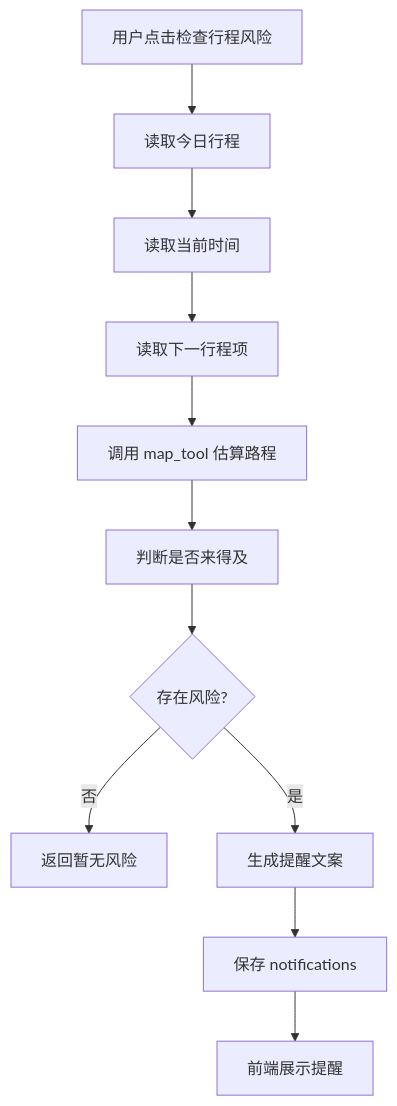
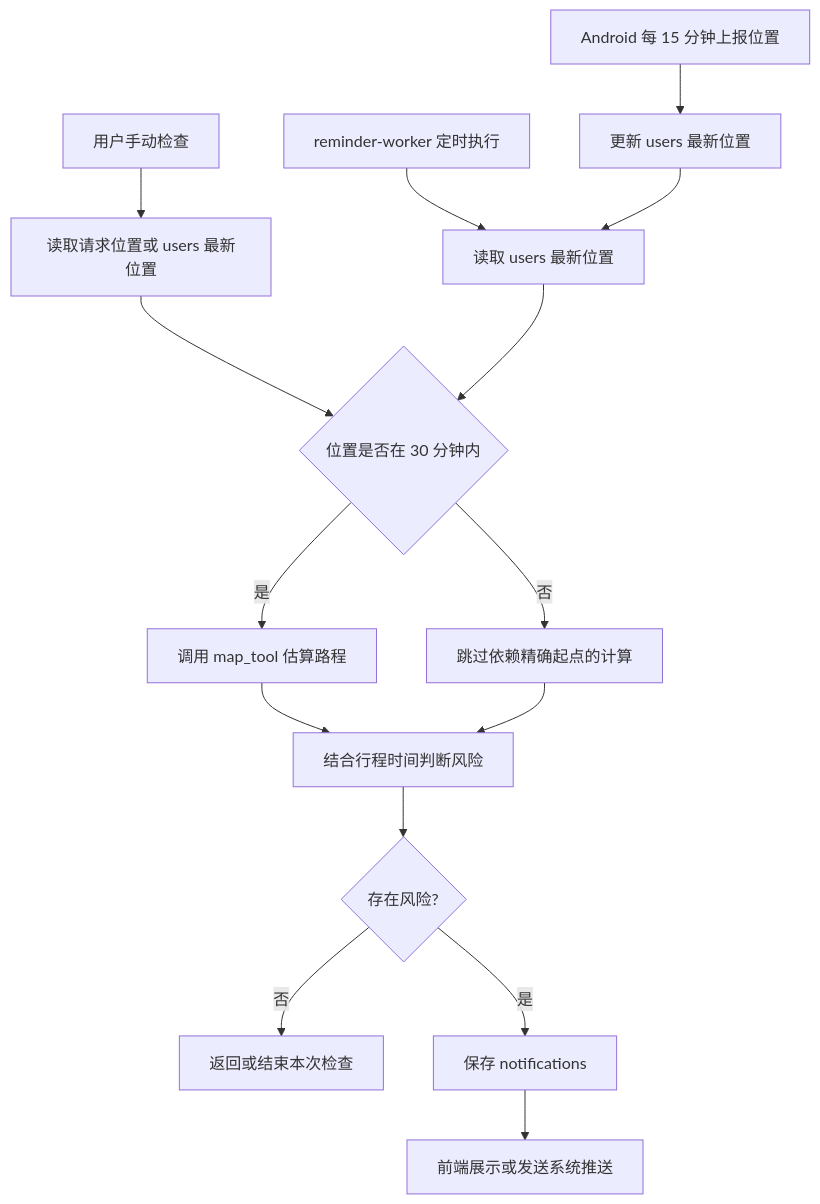
One commit to linzch23/DaoYou changed the seventh of 10 diagrams in docs/技术设计文档.md. Above: the diagram before and after it, drawn with Mermaid. The commit also changed other lines of this file and 3 other files, not shown here.

````diff
--- a/docs/技术设计文档.md
+++ b/docs/技术设计文档.md
@@ -491,13 +500,17 @@
 ```mermaid
 flowchart TD
-    A[用户点击检查行程风险] --> B[读取今日行程]
-    B --> C[读取当前时间]
-    C --> D[读取下一行程项]
-    D --> E[调用 map_tool 估算路程]
-    E --> F[判断是否来得及]
-    F --> G{存在风险?}
-    G -->|否| H[返回暂无风险]
-    G -->|是| I[生成提醒文案]
-    I --> J[保存 notifications]
-    J --> K[前端展示提醒]
+    A[Android 每 15 分钟上报位置] --> B[更新 users 最新位置]
+    C[用户手动检查] --> D[读取请求位置或 users 最新位置]
+    E[reminder-worker 定时执行] --> F[读取 users 最新位置]
+    B --> F
+    D --> G{位置是否在 30 分钟内}
+    F --> G
+    G -->|是| H[调用 map_tool 估算路程]
+    G -->|否| I[跳过依赖精确起点的计算]
+    H --> J[结合行程时间判断风险]
+    I --> J
+    J --> K{存在风险?}
+    K -->|否| L[返回或结束本次检查]
+    K -->|是| M[保存 notifications]
+    M --> N[前端展示或发送系统推送]
 ```
````
